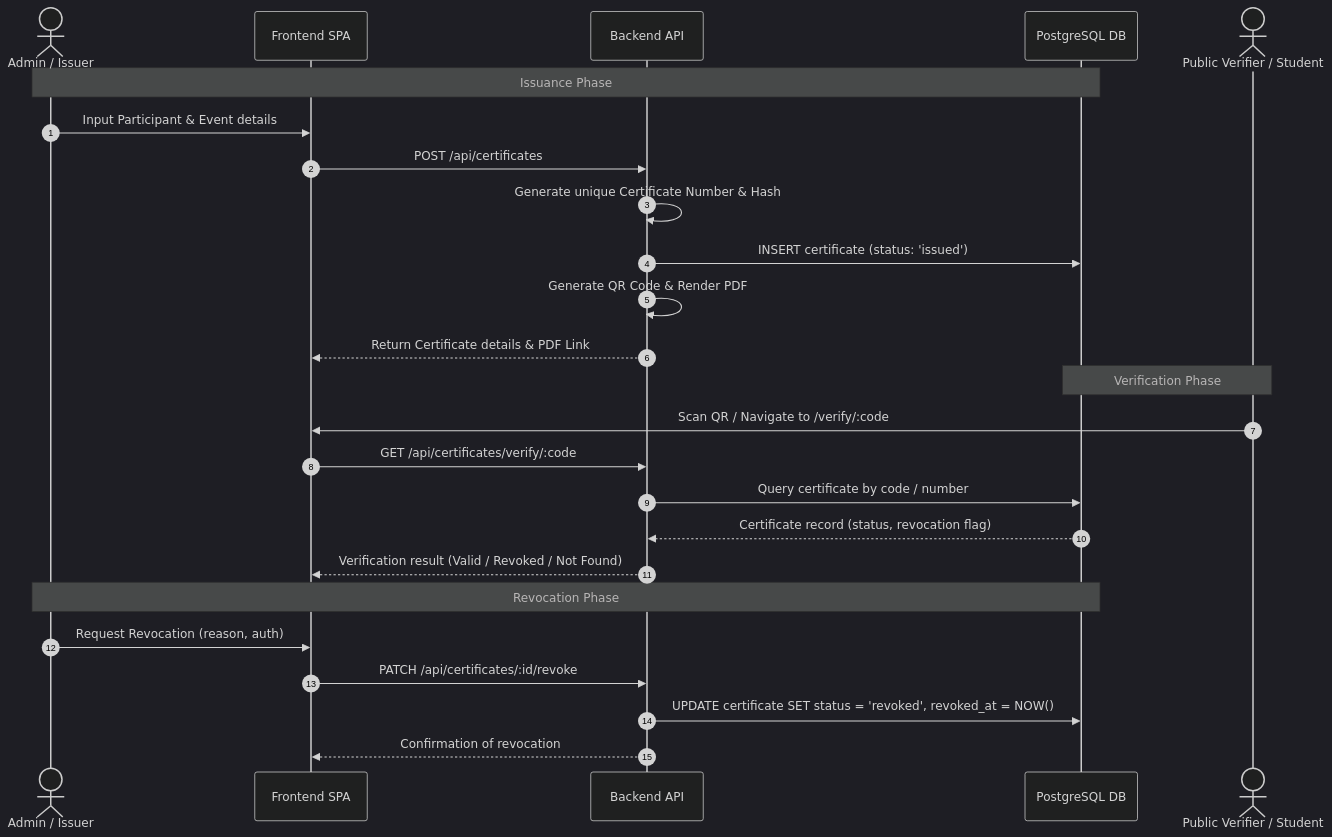
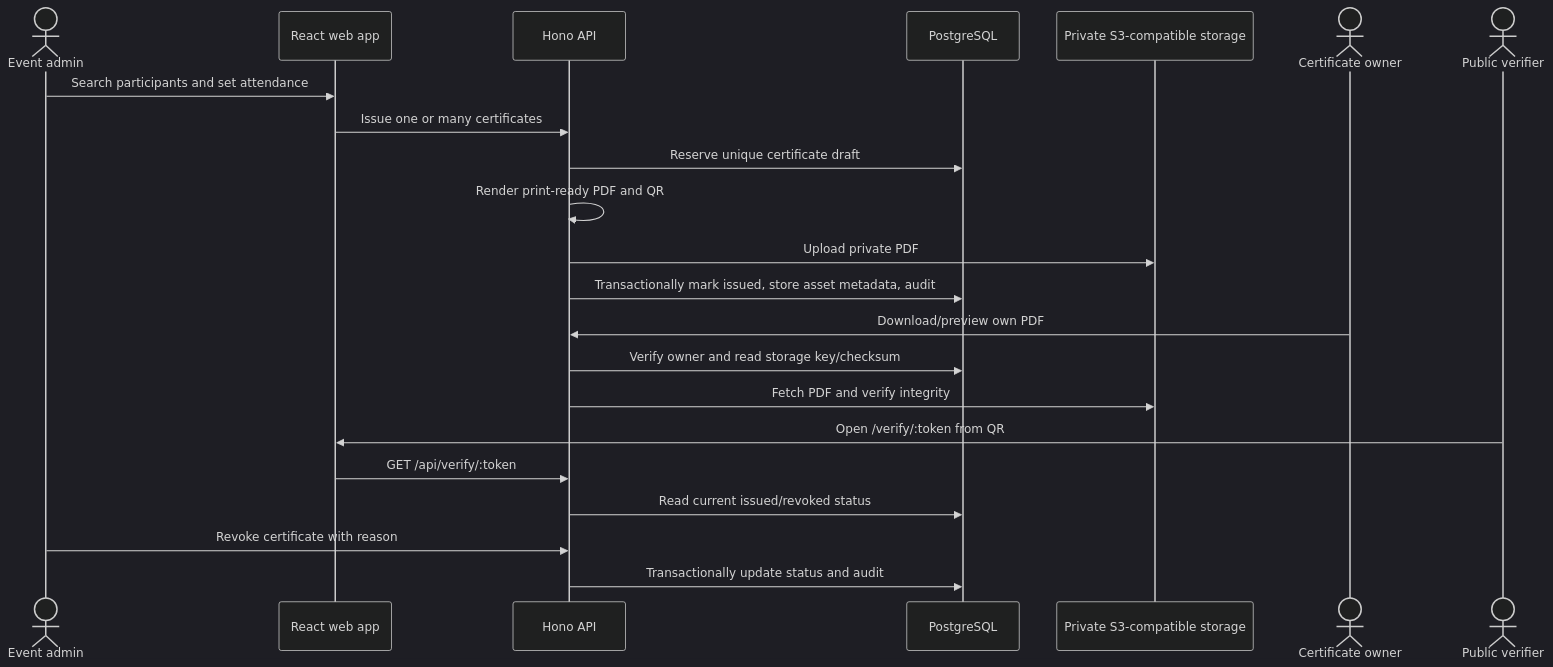
The diagram in docs/agent-context/certificate-workflow.md (chrisFernandes-590/hmi_certificate_system), drawn with Mermaid (dark theme) before and after one commit. The commit also changed other lines of this file and 58 other files, not shown here.

````diff
--- a/docs/agent-context/certificate-workflow.md
+++ b/docs/agent-context/certificate-workflow.md
@@ -13,30 +5,25 @@
 ```mermaid
 sequenceDiagram
-    autonumber
-    actor Issuer as Admin / Issuer
-    participant Web as Frontend SPA
-    participant API as Backend API
-    participant DB as PostgreSQL DB
-    actor Public as Public Verifier / Student
+    actor Admin as Event admin
+    participant Web as React web app
+    participant API as Hono API
+    participant DB as PostgreSQL
+    participant Store as Private S3-compatible storage
+    actor Owner as Certificate owner
+    actor Public as Public verifier
 
-    Note over Issuer, DB: Issuance Phase
-    Issuer->>Web: Input Participant & Event details
-    Web->>API: POST /api/certificates
-    API->>API: Generate unique Certificate Number & Hash
-    API->>DB: INSERT certificate (status: 'issued')
-    API->>API: Generate QR Code & Render PDF
-    API-->>Web: Return Certificate details & PDF Link
-
-    Note over Public, DB: Verification Phase
-    Public->>Web: Scan QR / Navigate to /verify/:code
-    Web->>API: GET /api/certificates/verify/:code
-    API->>DB: Query certificate by code / number
-    DB-->>API: Certificate record (status, revocation flag)
-    API-->>Web: Verification result (Valid / Revoked / Not Found)
-
-    Note over Issuer, DB: Revocation Phase
-    Issuer->>Web: Request Revocation (reason, auth)
-    Web->>API: PATCH /api/certificates/:id/revoke
-    API->>DB: UPDATE certificate SET status = 'revoked', revoked_at = NOW()
-    API-->>Web: Confirmation of revocation
+    Admin->>Web: Search participants and set attendance
+    Web->>API: Issue one or many certificates
+    API->>DB: Reserve unique certificate draft
+    API->>API: Render print-ready PDF and QR
+    API->>Store: Upload private PDF
+    API->>DB: Transactionally mark issued, store asset metadata, audit
+    Owner->>API: Download/preview own PDF
+    API->>DB: Verify owner and read storage key/checksum
+    API->>Store: Fetch PDF and verify integrity
+    Public->>Web: Open /verify/:token from QR
+    Web->>API: GET /api/verify/:token
+    API->>DB: Read current issued/revoked status
+    Admin->>API: Revoke certificate with reason
+    API->>DB: Transactionally update status and audit
 ```
````
